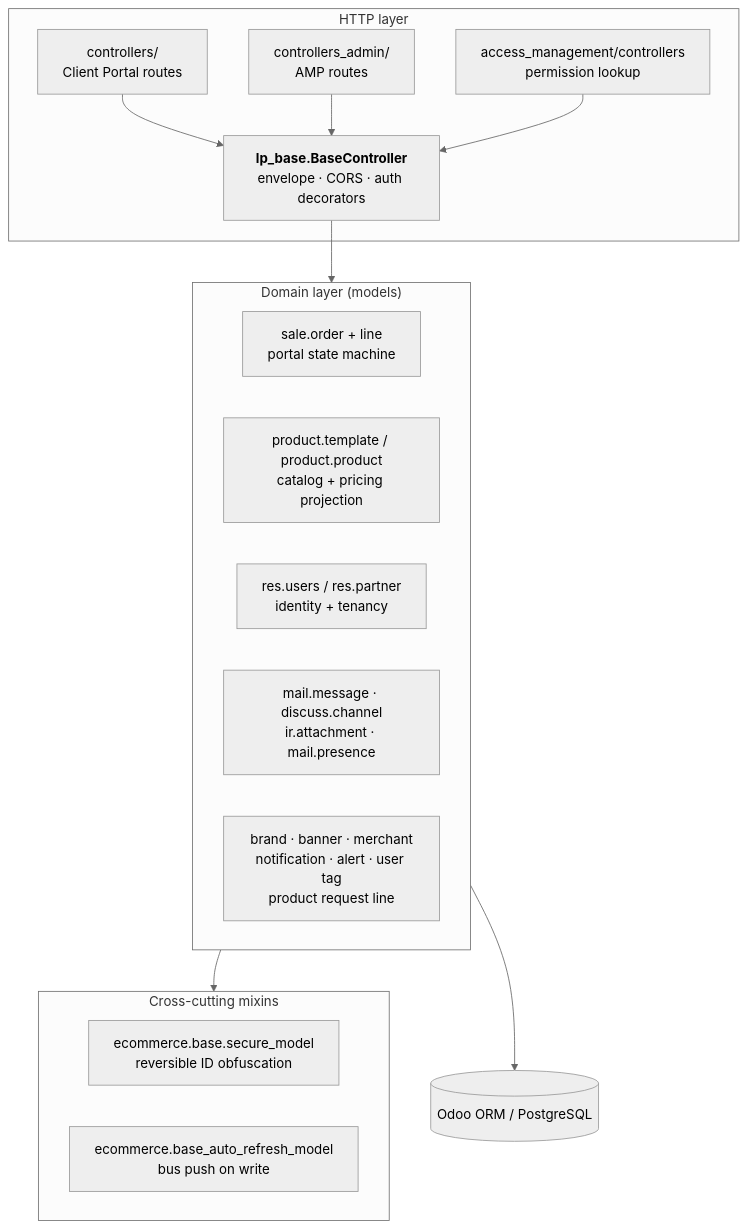
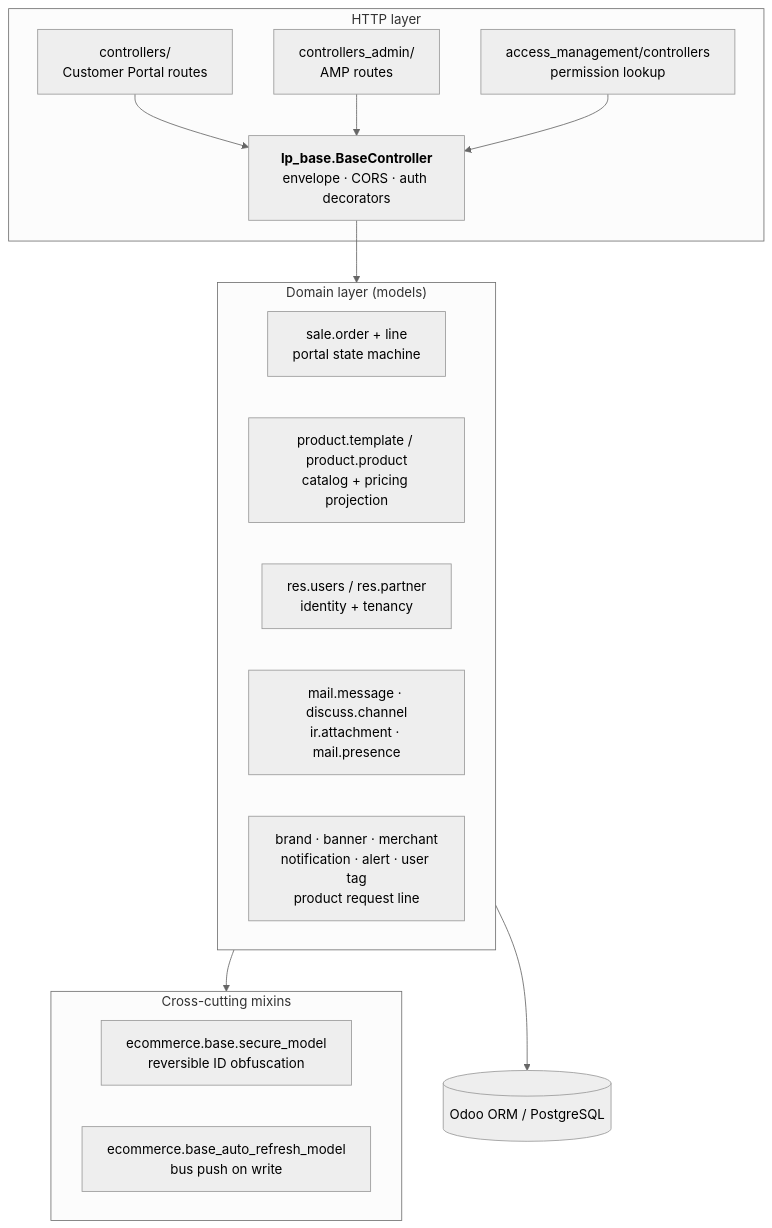
One commit to LaplaceSoftware/lp_projects_docs changed the third of 5 diagrams in docs/b2b_ecommerce_docs/_technical_docs/002-System-Architecture.md. Above: the diagram before and after it, drawn with Mermaid (neutral theme). The commit also changed other lines of this file and 48 other files, not shown here.

````diff
--- a/docs/b2b_ecommerce_docs/_technical_docs/002-System-Architecture.md
+++ b/docs/b2b_ecommerce_docs/_technical_docs/002-System-Architecture.md
@@ -71,29 +71,29 @@
 ```mermaid
 flowchart TB
     subgraph HTTP["HTTP layer"]
-        CC["controllers/<br/>Client Portal routes"]
+        CC["controllers/<br/>Customer Portal routes"]
         AC["controllers_admin/<br/>AMP routes"]
         MC["access_management/controllers<br/>permission lookup"]
         BC["<b>lp_base.BaseController</b><br/>envelope · CORS · auth decorators"]
     end
 
     subgraph DOMAIN["Domain layer (models)"]
         ORD["sale.order + line<br/>portal state machine"]
         PRD["product.template / product.product<br/>catalog + pricing projection"]
         USR["res.users / res.partner<br/>identity + tenancy"]
         MSG["mail.message · discuss.channel<br/>ir.attachment · mail.presence"]
         CFG["brand · banner · merchant<br/>notification · alert · user tag<br/>product request line"]
     end
 
     subgraph MIX["Cross-cutting mixins"]
         SEC["ecommerce.base.secure_model<br/>reversible ID obfuscation"]
         REF["ecommerce.base_auto_refresh_model<br/>bus push on write"]
     end
 
     CC --> BC
     AC --> BC
     MC --> BC
     BC --> DOMAIN
     DOMAIN --> MIX
     DOMAIN --> ORM[("Odoo ORM / PostgreSQL")]
 ```
````
